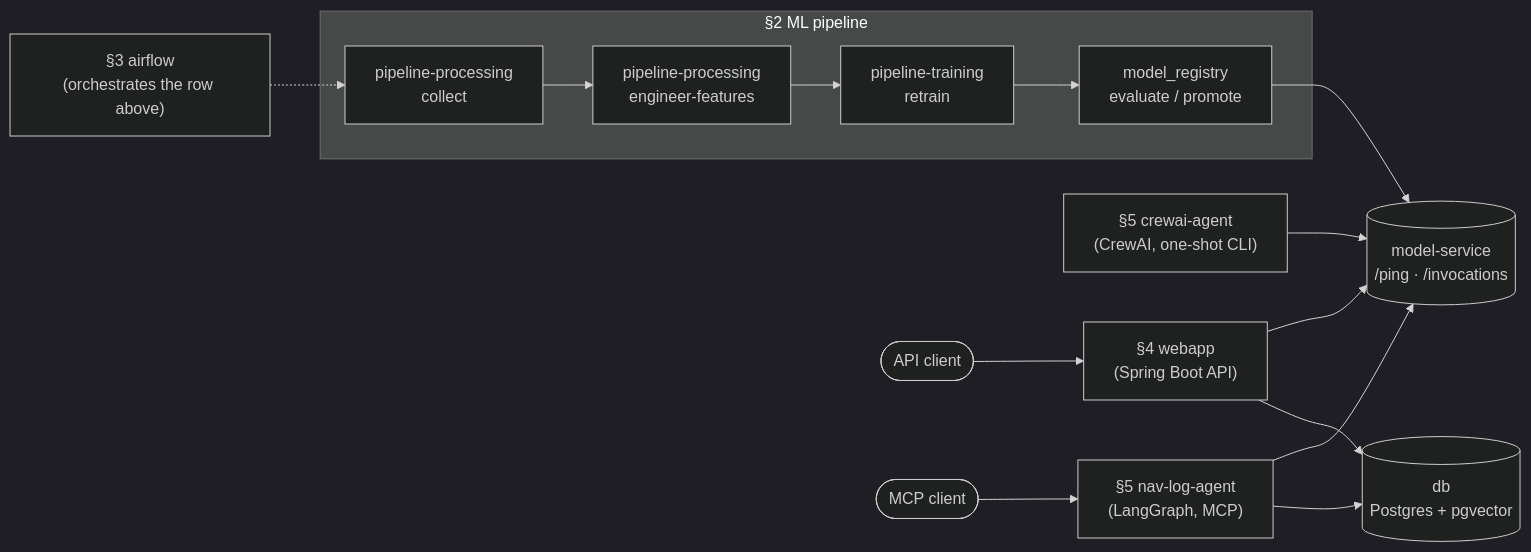
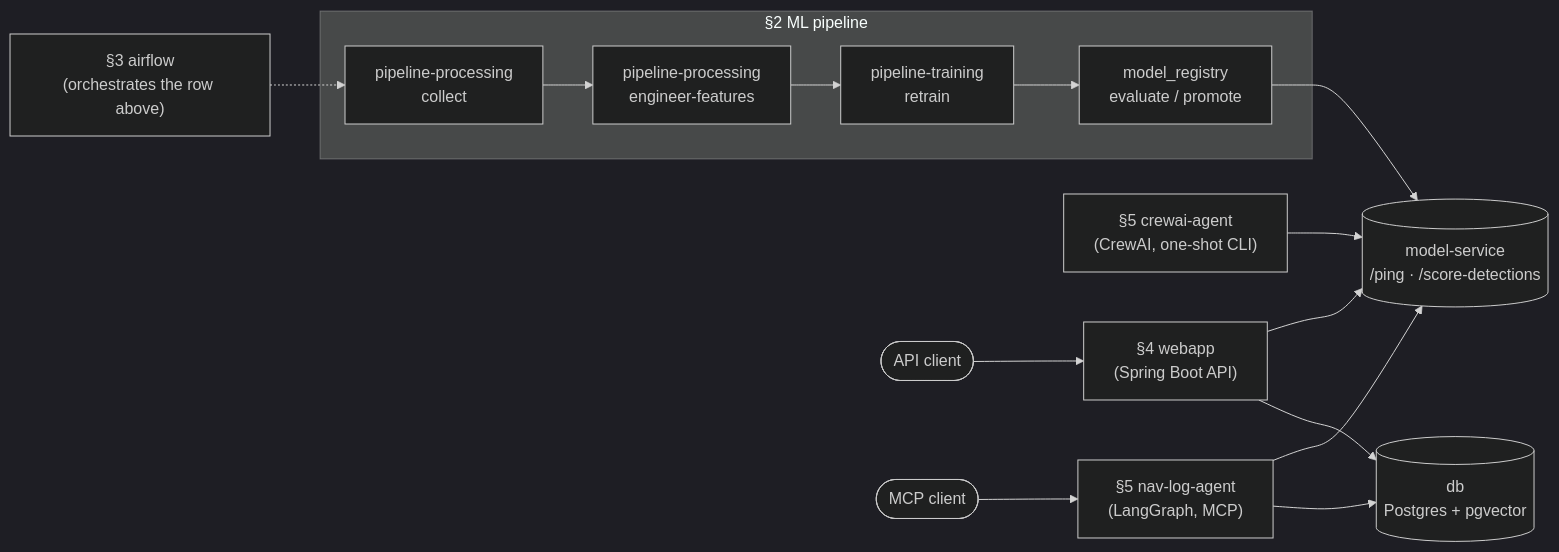
Before and after one commit to asdaq-samir/flight_plan: the first of 4 diagrams in docs/LEARNING-GUIDE.md, drawn with Mermaid (dark theme). The commit also changed other lines of this file and 70 other files, not shown here.

````diff
--- a/docs/LEARNING-GUIDE.md
+++ b/docs/LEARNING-GUIDE.md
@@ -30,21 +30,21 @@
 ```mermaid
 flowchart LR
     subgraph pipeline["§2 ML pipeline"]
         collect[pipeline-processing<br/>collect] --> engineer[pipeline-processing<br/>engineer-features]
         engineer --> retrain[pipeline-training<br/>retrain]
         retrain --> registry[model_registry<br/>evaluate / promote]
     end
     airflow["§3 airflow<br/>(orchestrates the row above)"] -.-> collect
 
-    registry --> model[("model-service<br/>/ping · /invocations")]
+    registry --> model[("model-service<br/>/ping · /score-detections")]
 
     webapp["§4 webapp<br/>(Spring Boot API)"] --> model
     webapp --> db[("db<br/>Postgres + pgvector")]
 
     navlog["§5 nav-log-agent<br/>(LangGraph, MCP)"] --> model
     navlog --> db
     crewai["§5 crewai-agent<br/>(CrewAI, one-shot CLI)"] --> model
 
     client([API client]) --> webapp
     mcpclient([MCP client]) --> navlog
 ```
````
